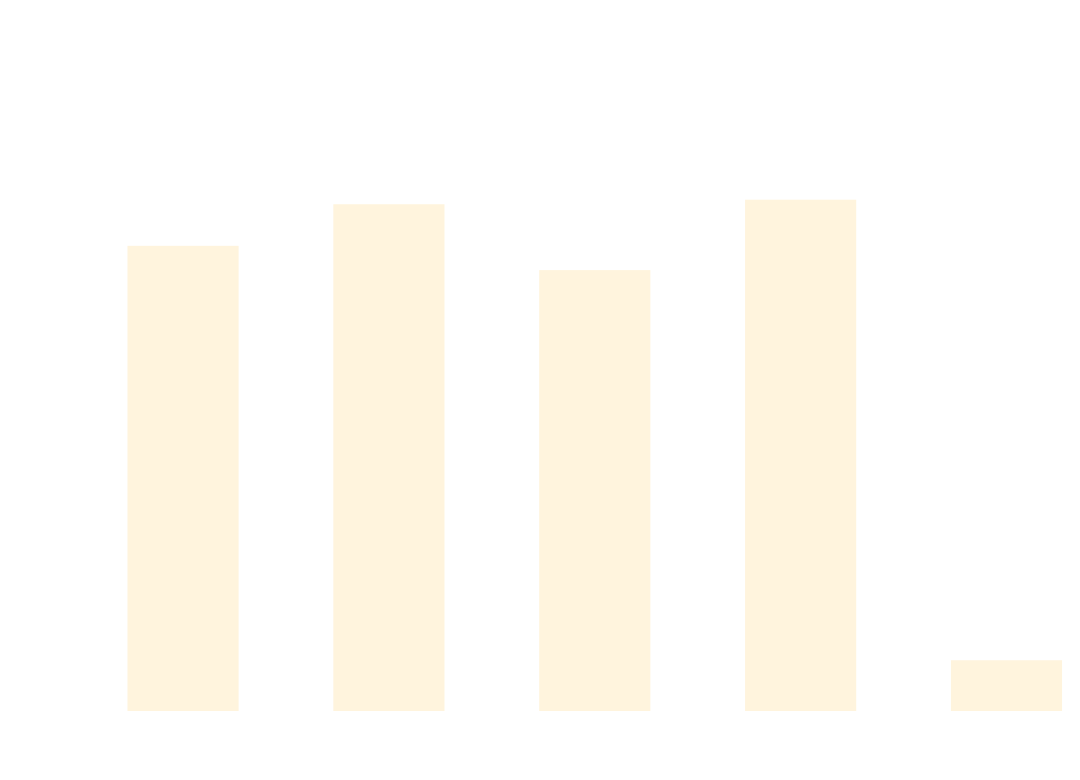
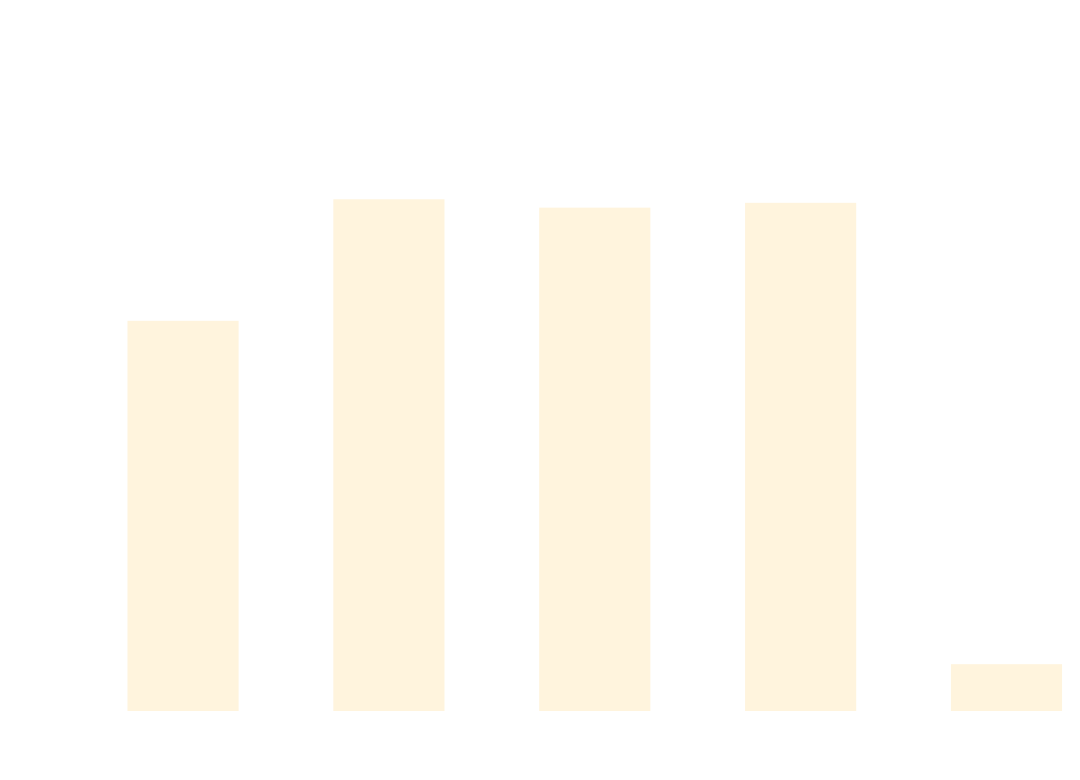
The diagram in docs/docs/benchmarks/ScaleTests.md (thomhurst/TUnit), drawn with Mermaid before and after one commit. The commit also changed other lines of this file and 17 other files, not shown here.

````diff
--- a/docs/docs/benchmarks/ScaleTests.md
+++ b/docs/docs/benchmarks/ScaleTests.md
@@ -27,37 +27,37 @@
 ```mermaid
 %%{init: {
   'theme':'base',
   'themeVariables': {
     'primaryColor': '#2563eb',
     'primaryTextColor': '#ffffff',
     'primaryBorderColor': '#1e40af',
     'lineColor': '#6b7280',
     'secondaryColor': '#7c3aed',
     'tertiaryColor': '#dc2626',
     'background': '#ffffff',
     'mainBkg': '#2563eb',
     'secondBkg': '#7c3aed',
     'tertiaryBkg': '#dc2626',
     'clusterBkg': '#f3f4f6',
     'edgeLabelBackground': '#ffffff',
     'tertiaryTextColor': '#1f2937',
     'pie1': '#2563eb',
     'pie2': '#7c3aed',
     'pie3': '#dc2626',
     'pie4': '#f59e0b',
     'pie5': '#10b981',
     'pie6': '#06b6d4',
     'pie7': '#ec4899',
     'pie8': '#6366f1',
     'pie9': '#84cc16',
     'pie10': '#f97316',
     'pie11': '#14b8a6',
     'pie12': '#a855f7'
   }
 }}%%
 xychart-beta
   title "ScaleTests Performance Comparison"
   x-axis ["TUnit", "NUnit", "MSTest", "xUnit3", "TUnit_AOT"]
-  y-axis "Time (ms)" 0 --> 717
-  bar [541.57, 591.49, 512.41, 596.95, 43.84]
+  y-axis "Time (ms)" 0 --> 816
+  bar [513.84, 679.95, 668.53, 675.14, 44.5]
 ```
````
